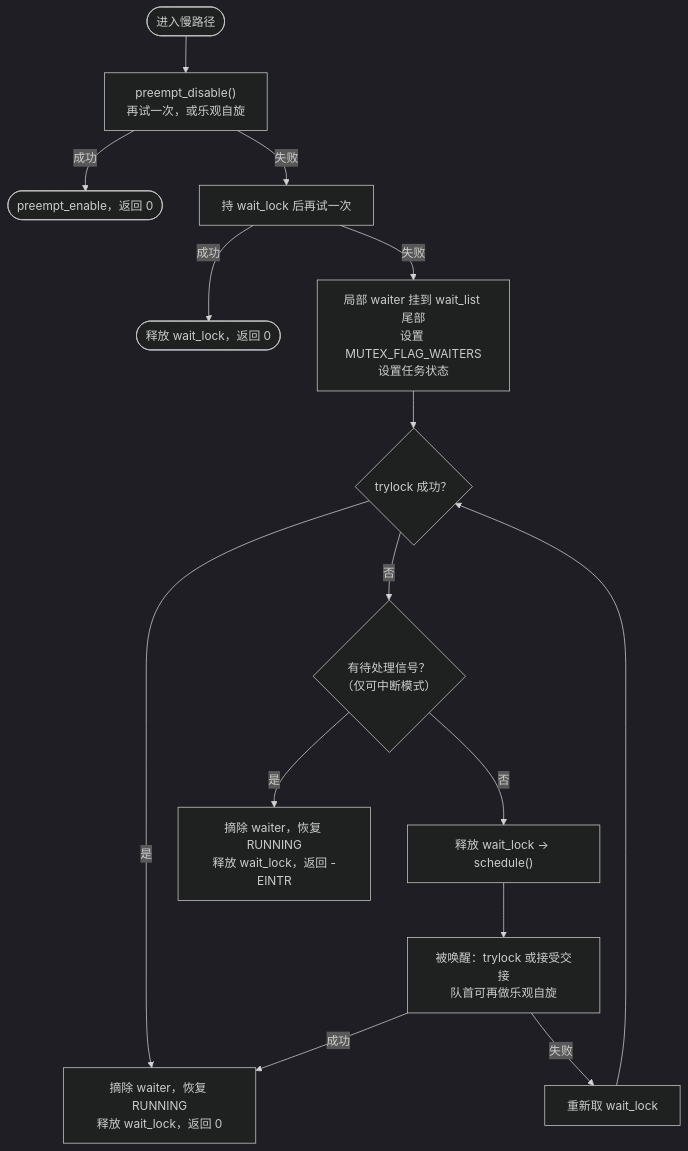
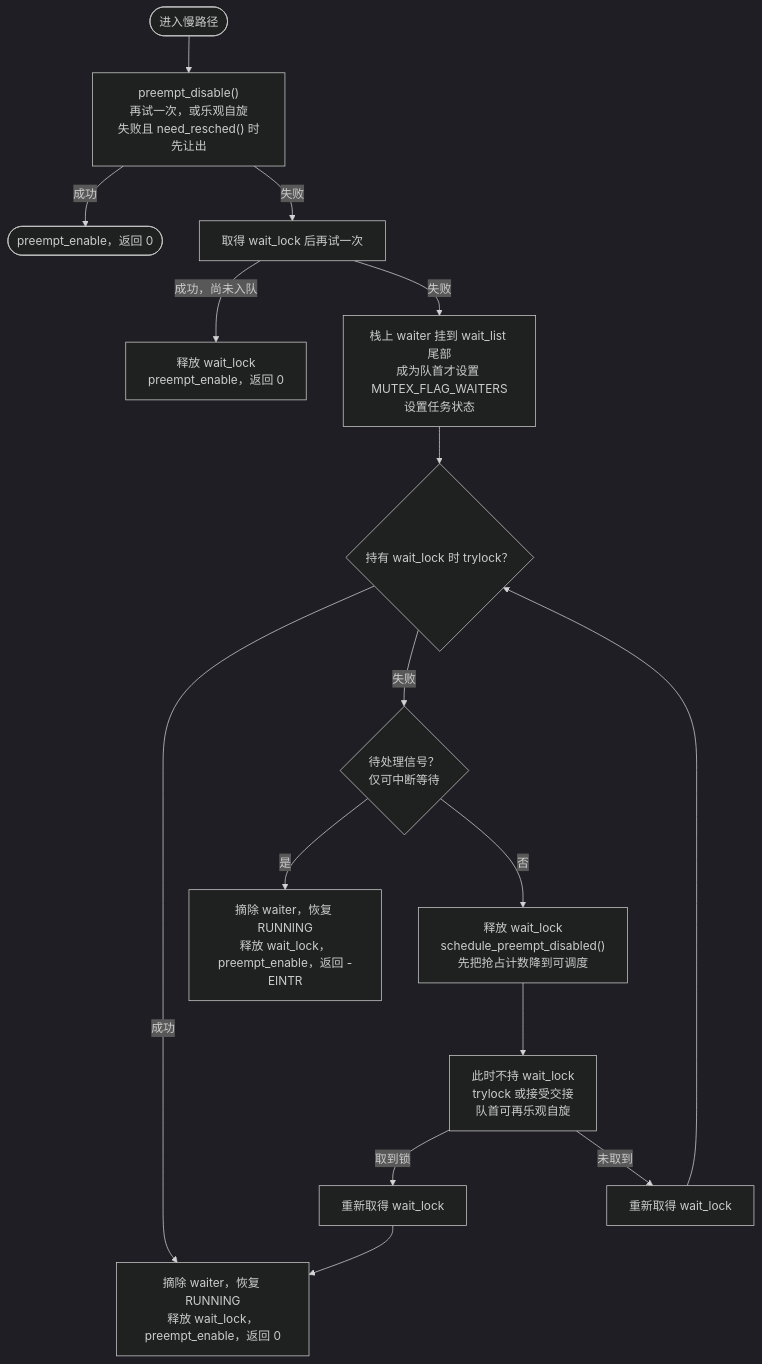
Before and after one commit to linuxperf/linux-study: the sixth of 6 diagrams in book/lock/introduction.md, drawn with Mermaid (dark theme). The commit also changed other lines of this file and 3 other files, not shown here.

````diff
--- a/book/lock/introduction.md
+++ b/book/lock/introduction.md
@@ -559,16 +559,16 @@
 ```mermaid
 flowchart TD
-    S([进入慢路径]) --> A["preempt_disable()<br/>再试一次，或乐观自旋"]
+    S([进入慢路径]) --> A["preempt_disable()<br/>再试一次，或乐观自旋<br/>失败且 need_resched() 时先让出"]
     A -->|成功| OK1([preempt_enable，返回 0])
-    A -->|失败| B["持 wait_lock 后再试一次"]
-    B -->|成功| OK2([释放 wait_lock，返回 0])
-    B -->|失败| C["局部 waiter 挂到 wait_list 尾部<br/>设置 MUTEX_FLAG_WAITERS<br/>设置任务状态"]
-    C --> D{"trylock 成功？"}
-    D -->|是| E["摘除 waiter，恢复 RUNNING<br/>释放 wait_lock，返回 0"]
-    D -->|否| F{"有待处理信号？<br/>（仅可中断模式）"}
-    F -->|是| ERR["摘除 waiter，恢复 RUNNING<br/>释放 wait_lock，返回 -EINTR"]
-    F -->|否| G["释放 wait_lock → schedule()"]
-    G --> H["被唤醒：trylock 或接受交接<br/>队首可再做乐观自旋"]
-    H -->|成功| E
-    H -->|失败| I["重新取 wait_lock"] --> D
+    A -->|失败| B["取得 wait_lock 后再试一次"]
+    B -->|成功，尚未入队| OK2["释放 wait_lock<br/>preempt_enable，返回 0"]
+    B -->|失败| C["栈上 waiter 挂到 wait_list 尾部<br/>成为队首才设置 MUTEX_FLAG_WAITERS<br/>设置任务状态"]
+    C --> D{"持有 wait_lock 时 trylock？"}
+    D -->|成功| E["摘除 waiter，恢复 RUNNING<br/>释放 wait_lock，preempt_enable，返回 0"]
+    D -->|失败| F{"待处理信号？<br/>仅可中断等待"}
+    F -->|是| ERR["摘除 waiter，恢复 RUNNING<br/>释放 wait_lock，preempt_enable，返回 -EINTR"]
+    F -->|否| G["释放 wait_lock<br/>schedule_preempt_disabled()<br/>先把抢占计数降到可调度"]
+    G --> H["此时不持 wait_lock<br/>trylock 或接受交接<br/>队首可再乐观自旋"]
+    H -->|取到锁| I["重新取得 wait_lock"] --> E
+    H -->|未取到| J["重新取得 wait_lock"] --> D
 ```
````
